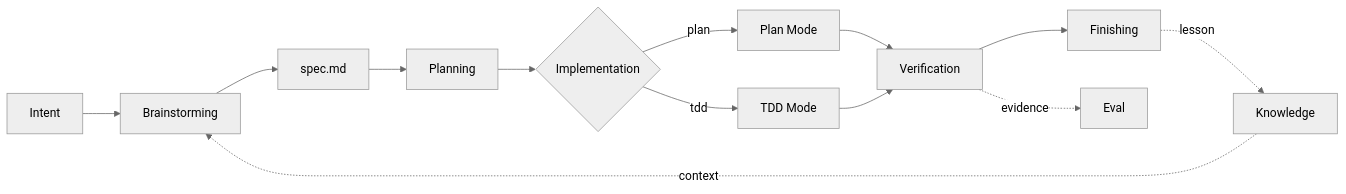
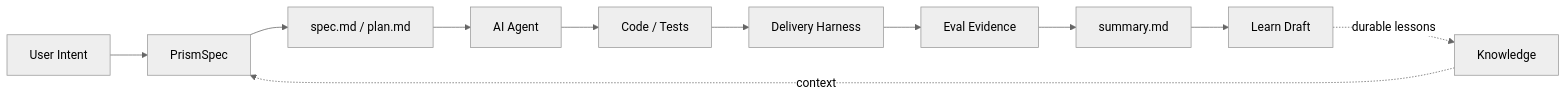
Before and after one commit to zdolphin07-dotcom/lattice: the diagram in docs/wiki/README.md, drawn with Mermaid (neutral theme). The commit also changed other lines of this file and 8 other files, not shown here.

````diff
--- a/docs/wiki/README.md
+++ b/docs/wiki/README.md
@@ -11,16 +17,13 @@
 ```mermaid
 flowchart LR
-    I["Intent"] --> B["Brainstorming"]
-    B --> S["spec.md"]
-    S --> P["Planning"]
-    P --> E{"Implementation"}
-    E -->|"plan"| PM["Plan Mode"]
-    E -->|"tdd"| TM["TDD Mode"]
-    PM --> V["Verification"]
-    TM --> V
-    V --> F["Finishing"]
-
-    K["Knowledge"] -. "context" .-> B
-    V -. "evidence" .-> EV["Eval"]
-    F -. "lesson" .-> K
+    U["User Intent"] --> PS["PrismSpec"]
+    PS --> SPEC["spec.md / plan.md"]
+    K["Knowledge"] -. context .-> PS
+    SPEC --> A["AI Agent"]
+    A --> CODE["Code / Tests"]
+    CODE --> H["Delivery Harness"]
+    H --> EV["Eval Evidence"]
+    EV --> F["summary.md"]
+    F --> L["Learn Draft"]
+    L -. durable lessons .-> K
 ```
````
